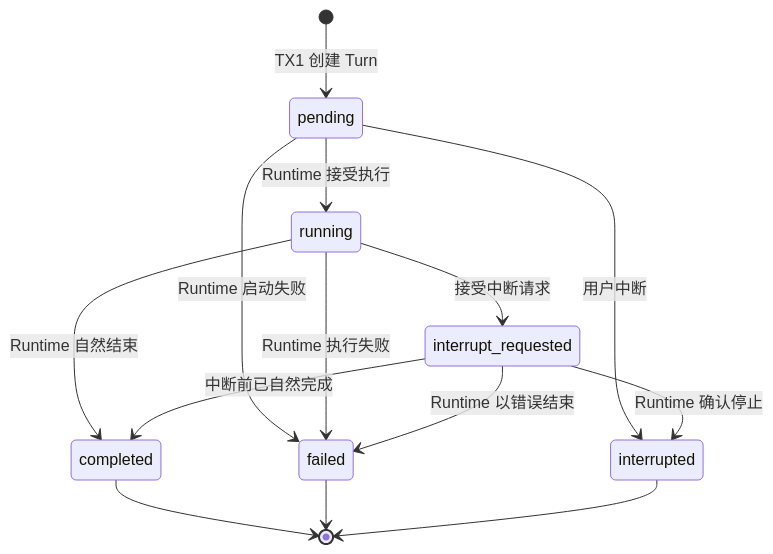
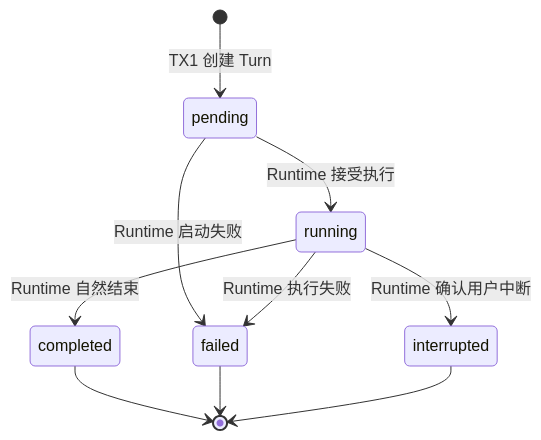
One commit to hotttao/media_agent changed the second of 2 diagrams in docs/ddd/media_agent_gateway/workflow/0001-run_turn/run_turn.md. Above: the diagram before and after it, drawn with Mermaid. The commit also changed other lines of this file and 4 other files, not shown here.

````diff
--- a/docs/ddd/media_agent_gateway/workflow/0001-run_turn/run_turn.md
+++ b/docs/ddd/media_agent_gateway/workflow/0001-run_turn/run_turn.md
@@ -131,16 +127,12 @@
 ```mermaid
 stateDiagram-v2
     [*] --> pending: TX1 创建 Turn
     pending --> running: Runtime 接受执行
     pending --> failed: Runtime 启动失败
-    pending --> interrupted: 用户中断
     running --> completed: Runtime 自然结束
     running --> failed: Runtime 执行失败
-    running --> interrupt_requested: 接受中断请求
-    interrupt_requested --> interrupted: Runtime 确认停止
-    interrupt_requested --> completed: 中断前已自然完成
-    interrupt_requested --> failed: Runtime 以错误结束
+    running --> interrupted: Runtime 确认用户中断
     completed --> [*]
     failed --> [*]
     interrupted --> [*]
 ```
````
